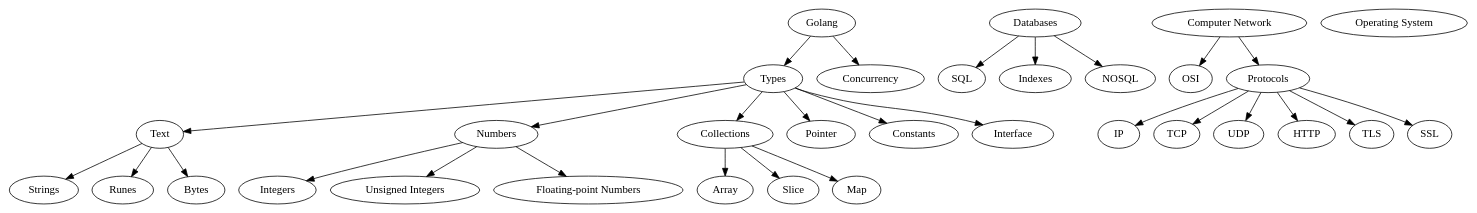
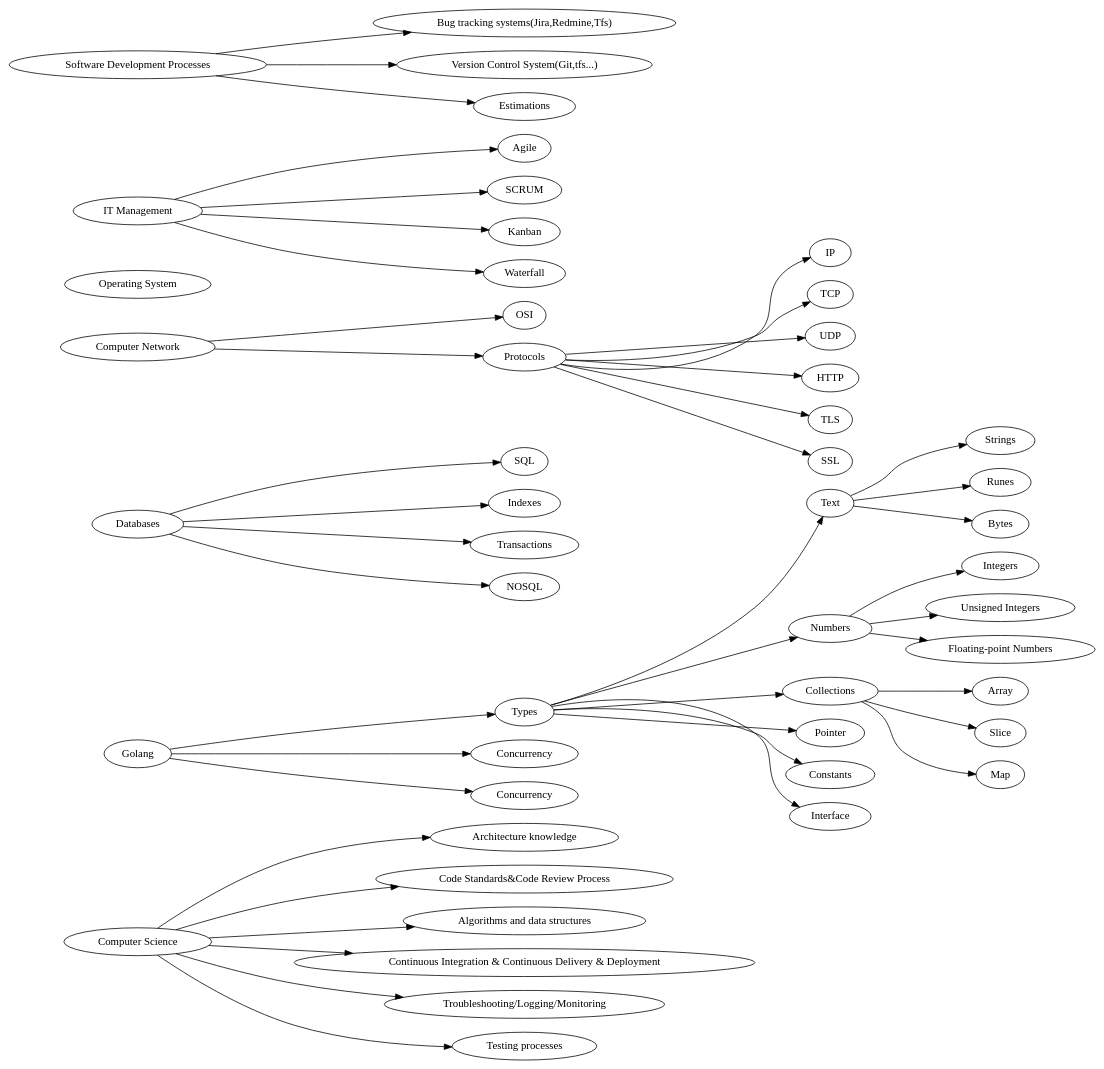
One commit to srce/roadmap changed the diagram in roadmap.dot. Above: the diagram before and after it, drawn with Graphviz. The commit also changed 1 other file, not shown here.

```diff
--- a/roadmap.dot
+++ b/roadmap.dot
@@ -1,64 +1,108 @@
 // This document is written on DOT language
 // by Dzyanis Kuzmenka
 
 digraph backend {
+    rankdir="LR";
+
+    cs [label="Computer Science"];
     go [label="Golang"];
     db [label="Databases"];
     networks [label="Computer Network"];
     os [label="Operating System"];
+    management [label="IT Management"];
+    processing [label="Software Development Processes"];
+
+    // Computer Science
+    subgraph cs {
+        cs -> {
+            cs_architecture [label="Architecture knowledge"];
+            cs_code [label="Code Standards&Code Review Process"];
+            cs_algorithms [label="Algorithms and data structures"];
+            cs_ci [label="Continuous Integration & Continuous Delivery & Deployment"];
+            cs_debugging [label="Troubleshooting/Logging/Monitoring"];
+            cs_testing [label="Testing processes"];
+        }
+    }
+
+    // Software Development Processes
+    subgraph processing {
+        processing -> {
+            processing_trackers [label="Bug tracking systems(Jira,Redmine,Tfs)"];
+            processing_vc [label="Version Control System(Git,tfs...)"];
+            processing_estimations [label="Estimations"];
+        }
+    }
+
+    // IT Management
+    subgraph management {
+        management -> {
+            management_agile [label="Agile"];
+            management_scrum [label="SCRUM"];
+            management_kanban [label="Kanban"];
+            management_waterfall [label="Waterfall"];
+        }
+    }
 
     // Golang
-    go -> {
-        go_types [label="Types"]
-        go_concurrency [label="Concurrency"]
-    };
+    subgraph go {
+        go -> {
+            go_types [label="Types"]
+            go_concurrency [label="Concurrency"]
+            go_templates [label="Concurrency"]
+        };
 
         go_types -> {
             go_types_text [label="Text"]
             go_types_numbers [label="Numbers"]
             go_types_collections [label="Collections"]
             go_types_pointer [label="Pointer"]
             go_types_constant [label="Constants"]
             go_types_interface [label="Interface"]
         };
 
-            go_types_text -> {
-                go_types_text_strings [label="Strings"]
-                go_types_text_runes [label="Runes"]
-                go_types_text_bytes [label="Bytes"]
-            };
+        go_types_text -> {
+            go_types_text_strings [label="Strings"]
+            go_types_text_runes [label="Runes"]
+            go_types_text_bytes [label="Bytes"]
+        };
 
-            go_types_numbers -> {
-                go_types_numbers_int [label="Integers"]
-                go_types_numbers_uint [label="Unsigned Integers"]
-                go_types_numbers_float [label="Floating-point Numbers"]
-            };
+        go_types_numbers -> {
+            go_types_numbers_int [label="Integers"]
+            go_types_numbers_uint [label="Unsigned Integers"]
+            go_types_numbers_float [label="Floating-point Numbers"]
+        };
 
-            go_types_collections -> {
-                go_types_collections_array [label="Array"]
-                go_types_collections_slice [label="Slice"]
-                go_types_collections_map [label="Map"]
-            };
+        go_types_collections -> {
+            go_types_collections_array [label="Array"]
+            go_types_collections_slice [label="Slice"]
+            go_types_collections_map [label="Map"]
+        };
+    }
 
     // Databases
-    db -> {
-        db_sql [label="SQL"];
-        db_indexes [label="Indexes"];
-        db_nosql [label="NOSQL"];
+    subgraph db {
+        db -> {
+            db_sql [label="SQL"];
+            db_indexes [label="Indexes"];
+            db_transactions [label="Transactions"];
+            db_nosql [label="NOSQL"];
+        }
     }
 
     // Computer network
-    networks -> {
-        networks_osi [label="OSI"];
-        networks_protocols [label="Protocols"];
-    }
+    subgraph networks {
+        networks -> {
+            networks_osi [label="OSI"];
+            networks_protocols [label="Protocols"];
+        }
 
         networks_protocols -> {
             networks_protocols_IP [label="IP"];
             networks_protocols_TCP [label="TCP"];
             networks_protocols_UDP [label="UDP"];
             networks_protocols_HTTP [label="HTTP"];
             networks_protocols_TLS [label="TLS"];
             networks_protocols_SSL [label="SSL"];
         }
+    }
 }
```
